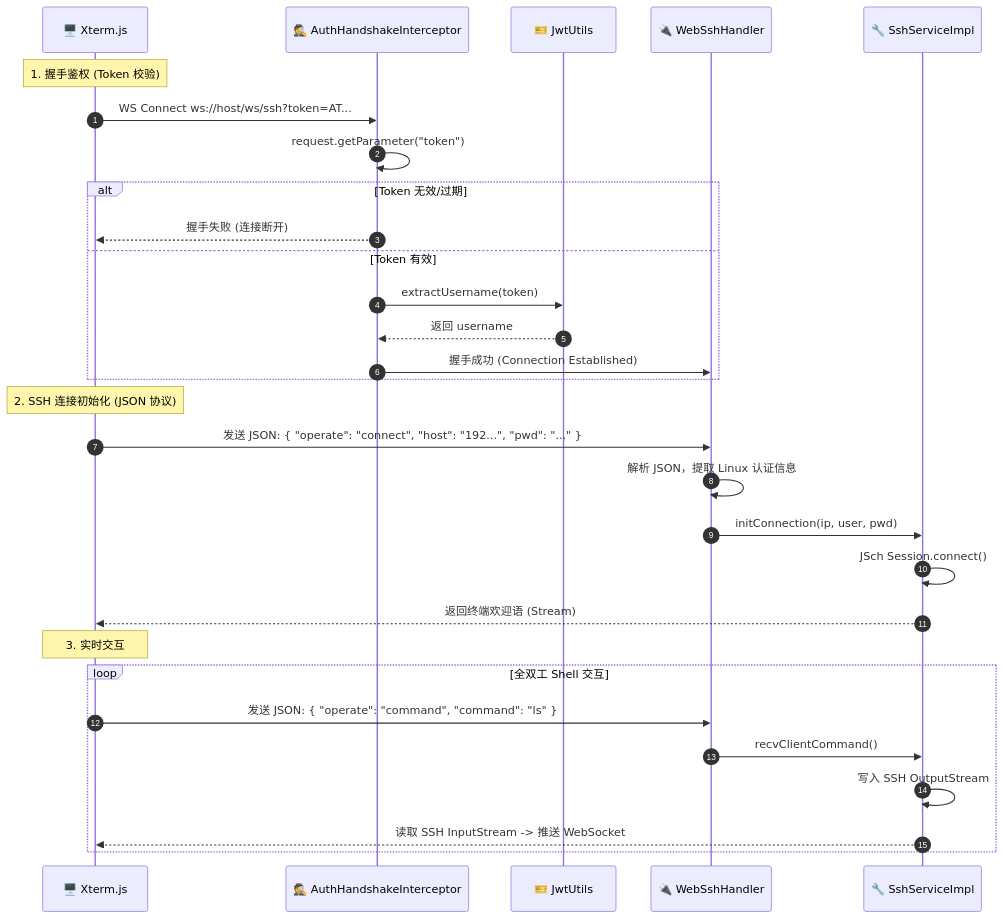
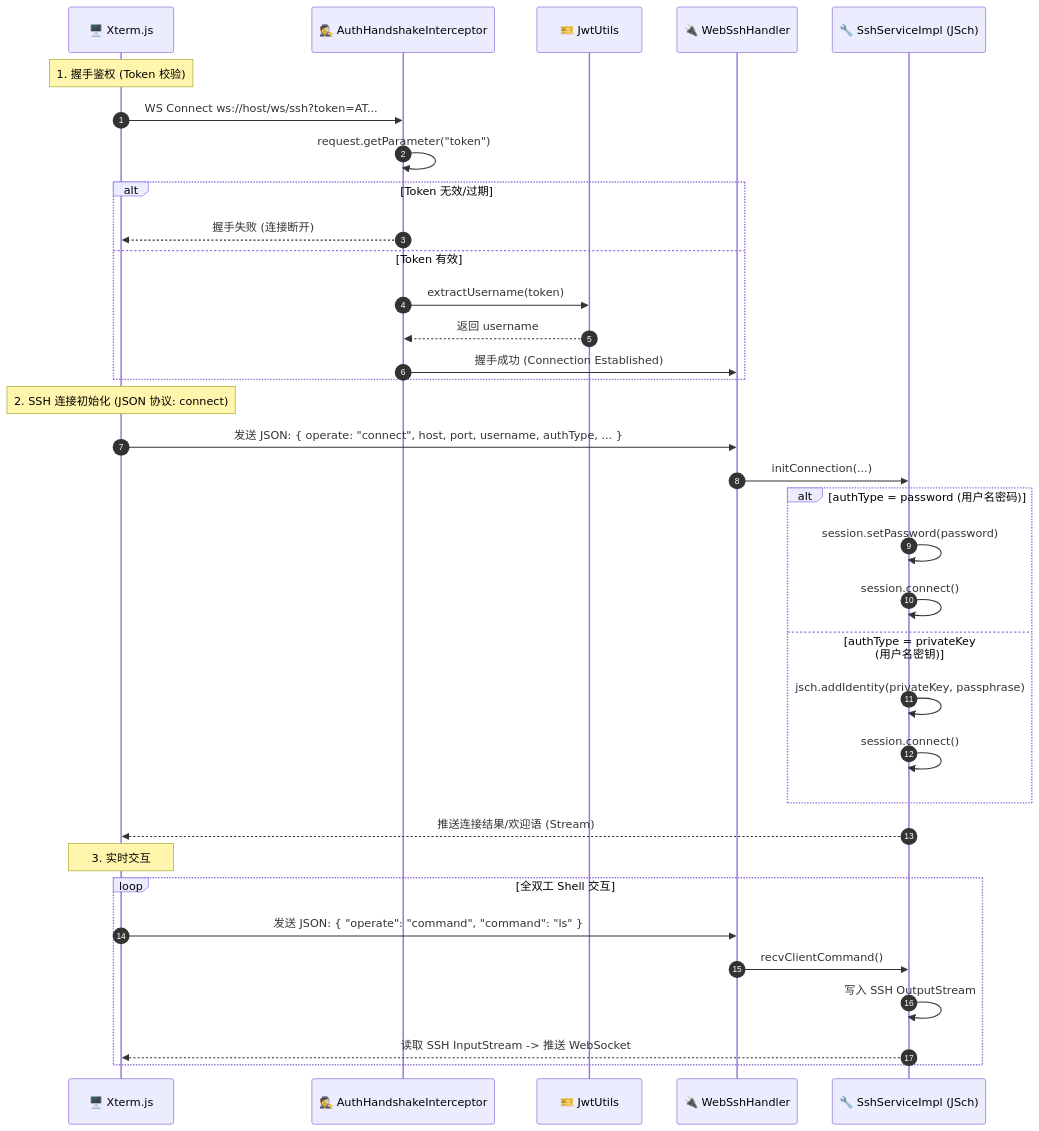
Before and after one commit to ouyangxu66/GraduationProject-ServerMonitor: the third of 3 diagrams in monitor-project/SECURITY-MODULE.md, drawn with Mermaid. The commit also changed other lines of this file, not shown here.

````diff
--- a/monitor-project/SECURITY-MODULE.md
+++ b/monitor-project/SECURITY-MODULE.md
@@ -111,36 +136,43 @@
 ```mermaid
 sequenceDiagram
     autonumber
     participant Xterm as 🖥️ Xterm.js
     participant Interceptor as 🕵️ AuthHandshakeInterceptor
     participant JWT as 🎫 JwtUtils
     participant Handler as 🔌 WebSshHandler
-    participant Service as 🔧 SshServiceImpl
+    participant Service as 🔧 SshServiceImpl (JSch)
 
     Note over Xterm: 1. 握手鉴权 (Token 校验)
     Xterm->>Interceptor: WS Connect ws://host/ws/ssh?token=AT...
     Interceptor->>Interceptor: request.getParameter("token")
-    
+
     alt Token 无效/过期
         Interceptor-->>Xterm: 握手失败 (连接断开)
     else Token 有效
         Interceptor->>JWT: extractUsername(token)
         JWT-->>Interceptor: 返回 username
         Interceptor->>Handler: 握手成功 (Connection Established)
     end
 
-    Note over Xterm: 2. SSH 连接初始化 (JSON 协议)
-    Xterm->>Handler: 发送 JSON: { "operate": "connect", "host": "192...", "pwd": "..." }
-    Handler->>Handler: 解析 JSON，提取 Linux 认证信息
-    Handler->>Service: initConnection(ip, user, pwd)
-    Service->>Service: JSch Session.connect()
-    Service-->>Xterm: 返回终端欢迎语 (Stream)
+    Note over Xterm: 2. SSH 连接初始化 (JSON 协议: connect)
+    Xterm->>Handler: 发送 JSON: { operate: "connect", host, port, username, authType, ... }
+    Handler->>Service: initConnection(...)
+
+    alt authType = password (用户名密码)
+        Service->>Service: session.setPassword(password)
+        Service->>Service: session.connect()
+    else authType = privateKey (用户名密钥)
+        Service->>Service: jsch.addIdentity(privateKey, passphrase)
+        Service->>Service: session.connect()
+    end
+
+    Service-->>Xterm: 推送连接结果/欢迎语 (Stream)
 
     Note over Xterm: 3. 实时交互
     loop 全双工 Shell 交互
         Xterm->>Handler: 发送 JSON: { "operate": "command", "command": "ls" }
         Handler->>Service: recvClientCommand()
         Service->>Service: 写入 SSH OutputStream
         Service-->>Xterm: 读取 SSH InputStream -> 推送 WebSocket
     end
 ```
````
